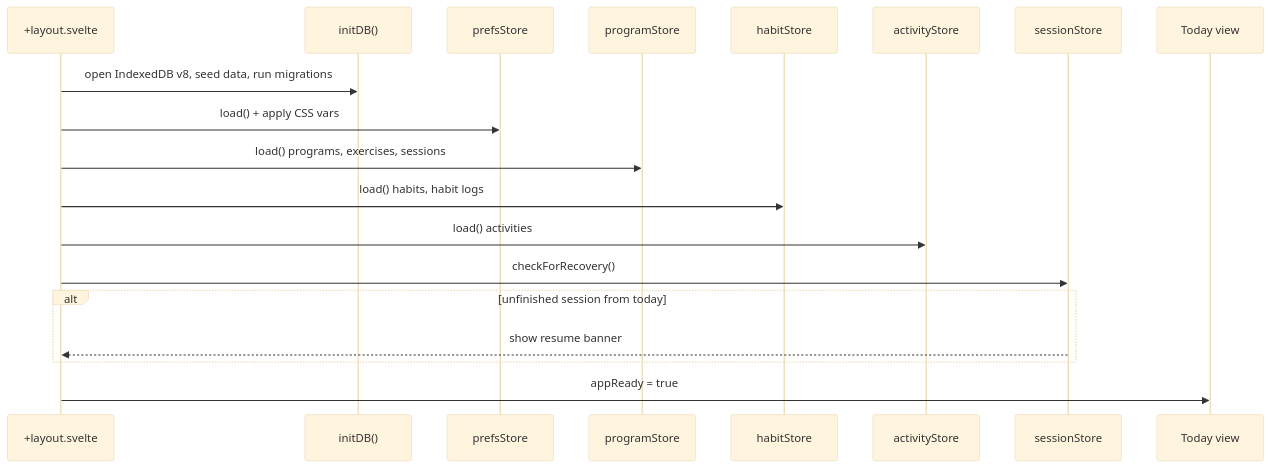
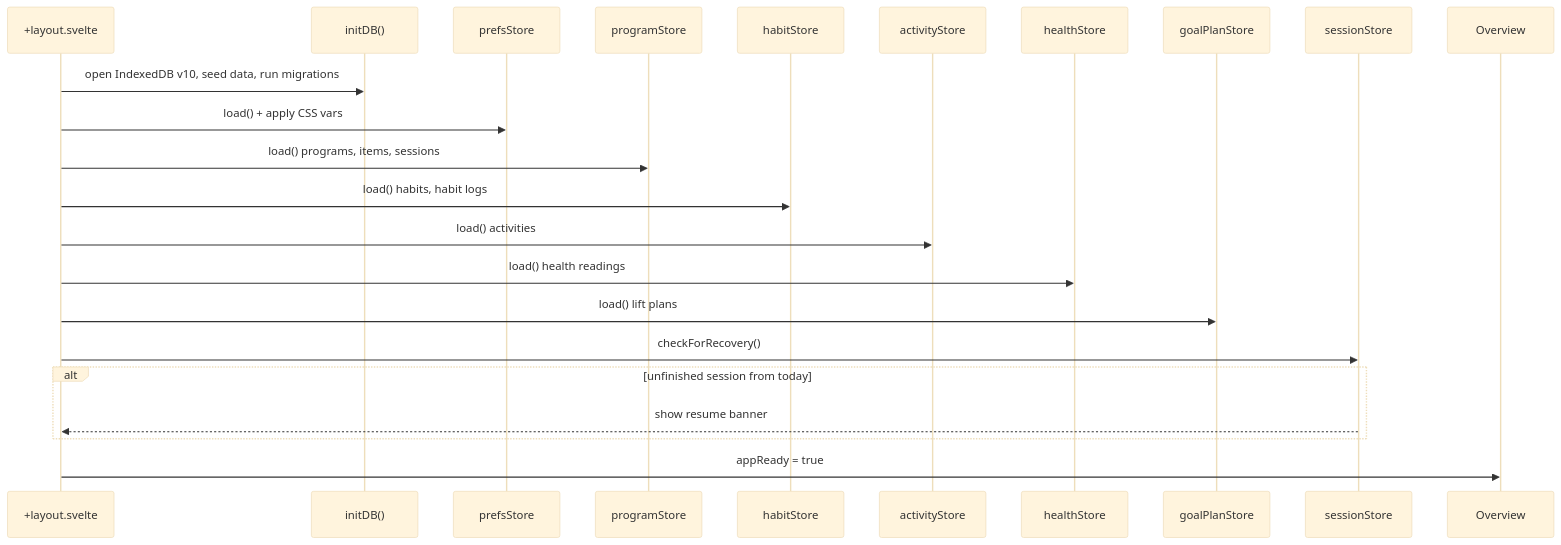
Before and after one commit to jermbo/CosmicWorkOut: the third of 6 diagrams in docs/architecture/overview.md, drawn with Mermaid (base theme). The commit also changed other lines of this file and 229 other files, not shown here.

````diff
--- a/docs/architecture/overview.md
+++ b/docs/architecture/overview.md
@@ -82,22 +84,26 @@
 ```mermaid
 sequenceDiagram
     participant Layout as +layout.svelte
     participant DB as initDB()
     participant Prefs as prefsStore
     participant Prog as programStore
     participant Hab as habitStore
     participant Act as activityStore
+    participant He as healthStore
+    participant GP as goalPlanStore
     participant Sess as sessionStore
-    participant UI as Today view
+    participant UI as Overview
 
-    Layout->>DB: open IndexedDB v8, seed data, run migrations
+    Layout->>DB: open IndexedDB v10, seed data, run migrations
     Layout->>Prefs: load() + apply CSS vars
-    Layout->>Prog: load() programs, exercises, sessions
+    Layout->>Prog: load() programs, items, sessions
     Layout->>Hab: load() habits, habit logs
     Layout->>Act: load() activities
+    Layout->>He: load() health readings
+    Layout->>GP: load() lift plans
     Layout->>Sess: checkForRecovery()
     alt unfinished session from today
         Sess-->>Layout: show resume banner
     end
     Layout->>UI: appReady = true
 ```
````
